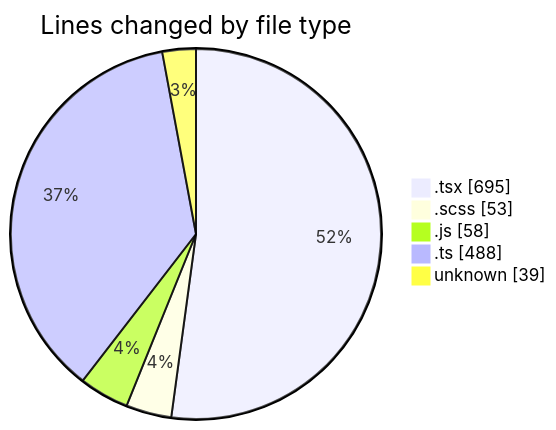
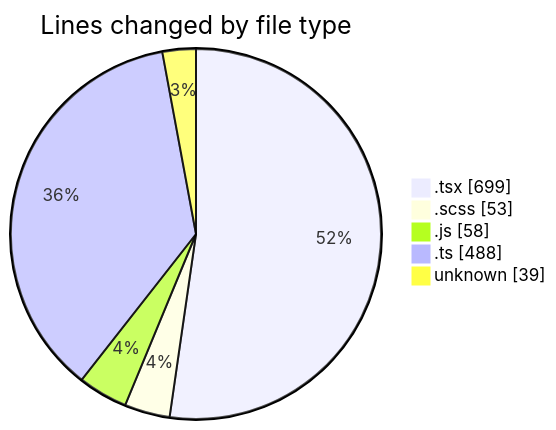
One commit to momahboobian/code-tracking changed the first of 2 diagrams in 2025-05-02/cda/README.md. Above: the diagram before and after it, drawn with Mermaid. The commit also changed other lines of this file and 1 other file, not shown here.

````diff
--- a/2025-05-02/cda/README.md
+++ b/2025-05-02/cda/README.md
@@ -27,9 +27,9 @@
 ```mermaid
 pie showData
 title Lines changed by file type
-".tsx" : 695
+".tsx" : 699
 ".scss" : 53
 ".js" : 58
 ".ts" : 488
 "unknown" : 39
 ```
````
